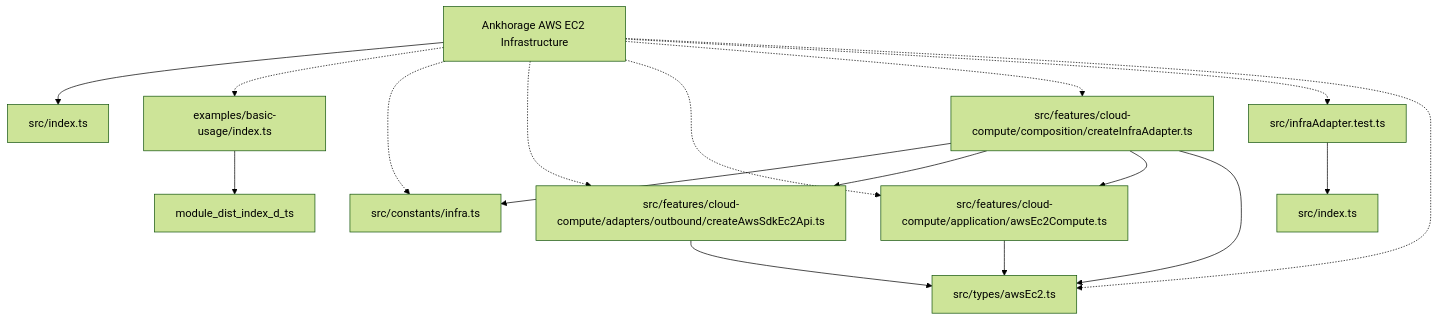
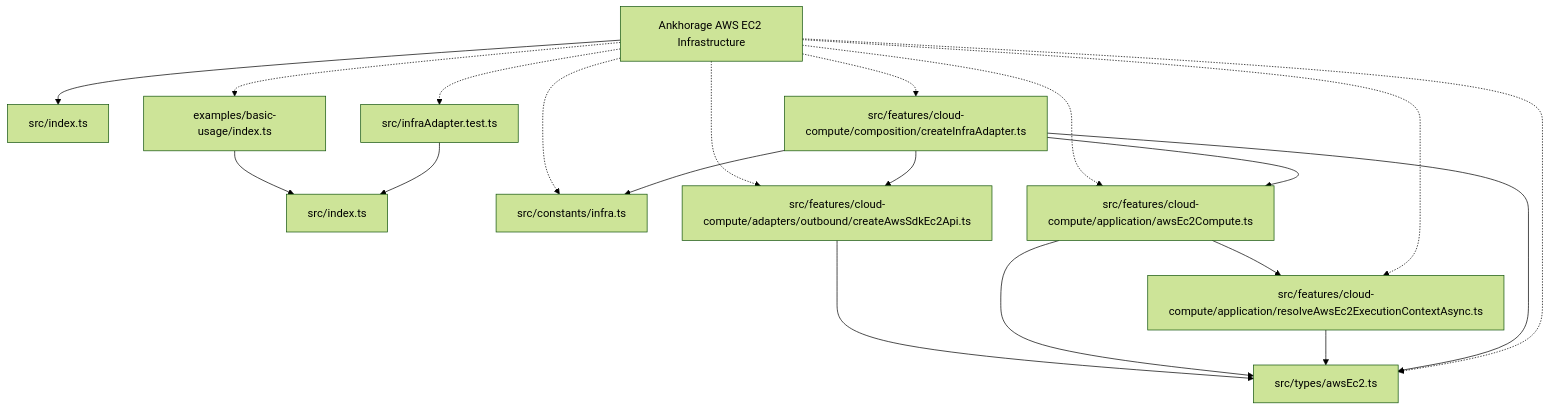
Before and after one commit to ankhorage/infra-aws-ec2: the diagram in paradox/diagrams/architecture-overview.mmd, drawn with Mermaid (forest theme). The commit also changed 11 other files, not shown here.

```diff
--- a/paradox/diagrams/architecture-overview.mmd
+++ b/paradox/diagrams/architecture-overview.mmd
@@ -1,27 +1,31 @@
 graph TD
   package__ankhorage_infra_aws_ec2["Ankhorage AWS EC2 Infrastructure"]
   entrypoint_src_index_ts["src/index.ts"]
   package__ankhorage_infra_aws_ec2 --> entrypoint_src_index_ts
   module_examples_basic_usage_index_ts["examples/basic-usage/index.ts"]
   package__ankhorage_infra_aws_ec2 -.-> module_examples_basic_usage_index_ts
-  module_examples_basic_usage_index_ts --> module_dist_index_d_ts
+  module_examples_basic_usage_index_ts --> module_src_index_ts
   module_src_constants_infra_ts["src/constants/infra.ts"]
   package__ankhorage_infra_aws_ec2 -.-> module_src_constants_infra_ts
   module_src_features_cloud_compute_adapters_outbound_createAwsSdkEc2Api_ts["src/features/cloud-compute/adapters/outbound/createAwsSdkEc2Api.ts"]
   package__ankhorage_infra_aws_ec2 -.-> module_src_features_cloud_compute_adapters_outbound_createAwsSdkEc2Api_ts
   module_src_features_cloud_compute_adapters_outbound_createAwsSdkEc2Api_ts --> module_src_types_awsEc2_ts
   module_src_features_cloud_compute_application_awsEc2Compute_ts["src/features/cloud-compute/application/awsEc2Compute.ts"]
   package__ankhorage_infra_aws_ec2 -.-> module_src_features_cloud_compute_application_awsEc2Compute_ts
+  module_src_features_cloud_compute_application_awsEc2Compute_ts --> module_src_features_cloud_compute_application_resolveAwsEc2ExecutionContextAsync_ts
   module_src_features_cloud_compute_application_awsEc2Compute_ts --> module_src_types_awsEc2_ts
+  module_src_features_cloud_compute_application_resolveAwsEc2ExecutionContextAsync_ts["src/features/cloud-compute/application/resolveAwsEc2ExecutionContextAsync.ts"]
+  package__ankhorage_infra_aws_ec2 -.-> module_src_features_cloud_compute_application_resolveAwsEc2ExecutionContextAsync_ts
+  module_src_features_cloud_compute_application_resolveAwsEc2ExecutionContextAsync_ts --> module_src_types_awsEc2_ts
   module_src_features_cloud_compute_composition_createInfraAdapter_ts["src/features/cloud-compute/composition/createInfraAdapter.ts"]
   package__ankhorage_infra_aws_ec2 -.-> module_src_features_cloud_compute_composition_createInfraAdapter_ts
   module_src_features_cloud_compute_composition_createInfraAdapter_ts --> module_src_constants_infra_ts
   module_src_features_cloud_compute_composition_createInfraAdapter_ts --> module_src_features_cloud_compute_adapters_outbound_createAwsSdkEc2Api_ts
   module_src_features_cloud_compute_composition_createInfraAdapter_ts --> module_src_features_cloud_compute_application_awsEc2Compute_ts
   module_src_features_cloud_compute_composition_createInfraAdapter_ts --> module_src_types_awsEc2_ts
   module_src_index_ts["src/index.ts"]
   module_src_infraAdapter_test_ts["src/infraAdapter.test.ts"]
   package__ankhorage_infra_aws_ec2 -.-> module_src_infraAdapter_test_ts
   module_src_infraAdapter_test_ts --> module_src_index_ts
   module_src_types_awsEc2_ts["src/types/awsEc2.ts"]
   package__ankhorage_infra_aws_ec2 -.-> module_src_types_awsEc2_ts
```
